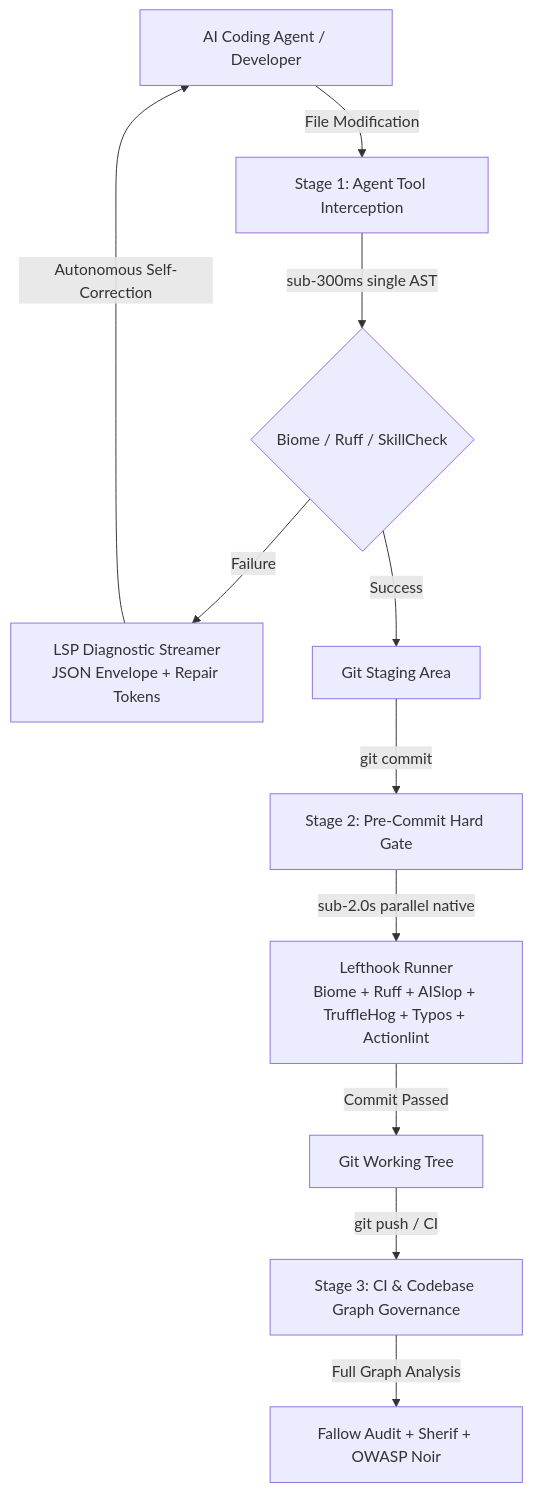
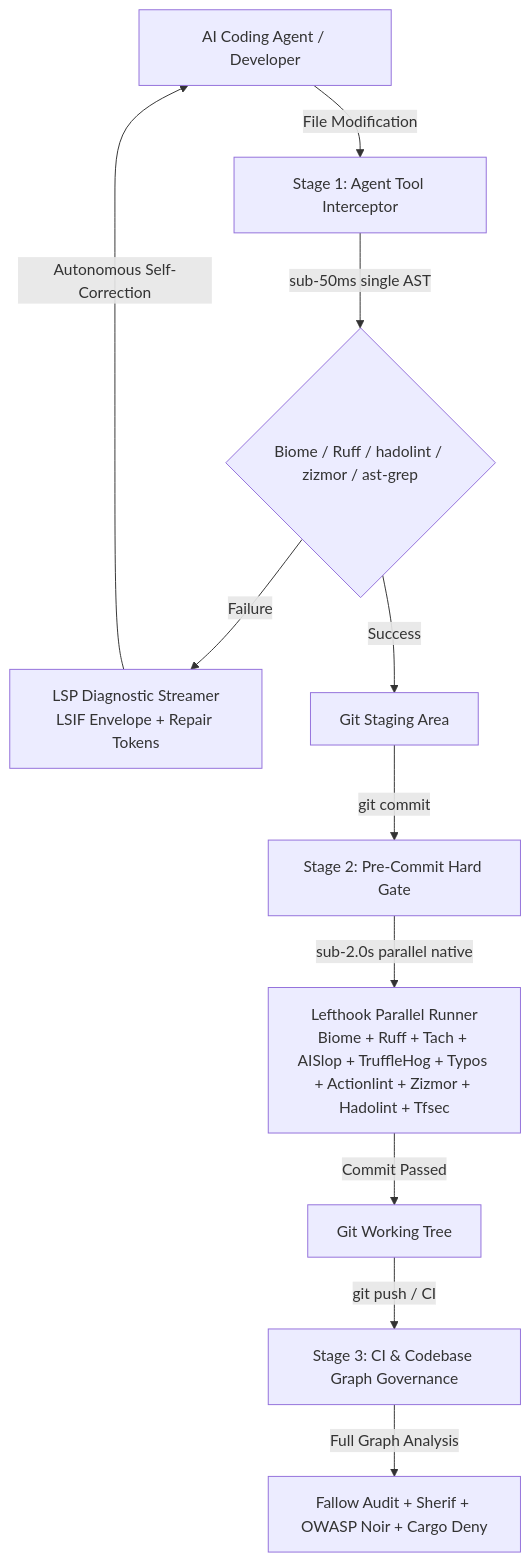
Before and after one commit to Heretek-AI/Agent-Proof: the diagram in README.md, drawn with Mermaid. The commit also changed other lines of this file and 3 other files, not shown here.

````diff
--- a/README.md
+++ b/README.md
@@ -31,13 +53,13 @@
 ```mermaid
 flowchart TD
-    A[AI Coding Agent / Developer] -->|File Modification| B[Stage 1: Agent Tool Interception]
-    B -->|sub-300ms single AST| C{Biome / Ruff / SkillCheck}
-    C -->|Failure| D[LSP Diagnostic Streamer\nJSON Envelope + Repair Tokens]
+    A[AI Coding Agent / Developer] -->|File Modification| B[Stage 1: Agent Tool Interceptor]
+    B -->|sub-50ms single AST| C{Biome / Ruff / hadolint / zizmor / ast-grep}
+    C -->|Failure| D[LSP Diagnostic Streamer\nLSIF Envelope + Repair Tokens]
     D -->|Autonomous Self-Correction| A
     C -->|Success| E[Git Staging Area]
     E -->|git commit| F[Stage 2: Pre-Commit Hard Gate]
-    F -->|sub-2.0s parallel native| G[Lefthook Runner\nBiome + Ruff + AISlop + TruffleHog + Typos + Actionlint]
+    F -->|sub-2.0s parallel native| G[Lefthook Parallel Runner\nBiome + Ruff + Tach + AISlop + TruffleHog + Typos + Actionlint + Zizmor + Hadolint + Tfsec]
     G -->|Commit Passed| H[Git Working Tree]
     H -->|git push / CI| I[Stage 3: CI & Codebase Graph Governance]
-    I -->|Full Graph Analysis| J[Fallow Audit + Sherif + OWASP Noir]
+    I -->|Full Graph Analysis| J[Fallow Audit + Sherif + OWASP Noir + Cargo Deny]
 ```
````
